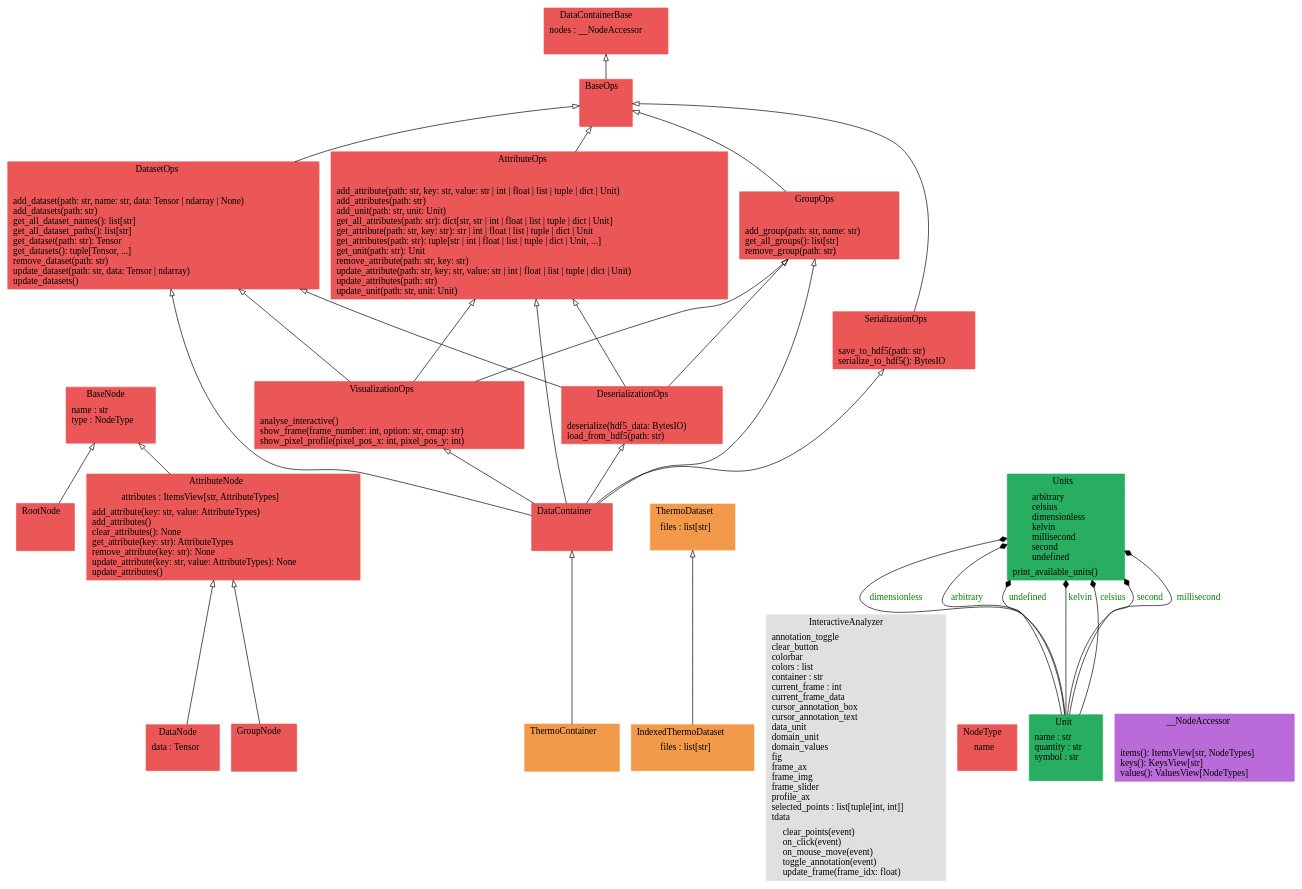
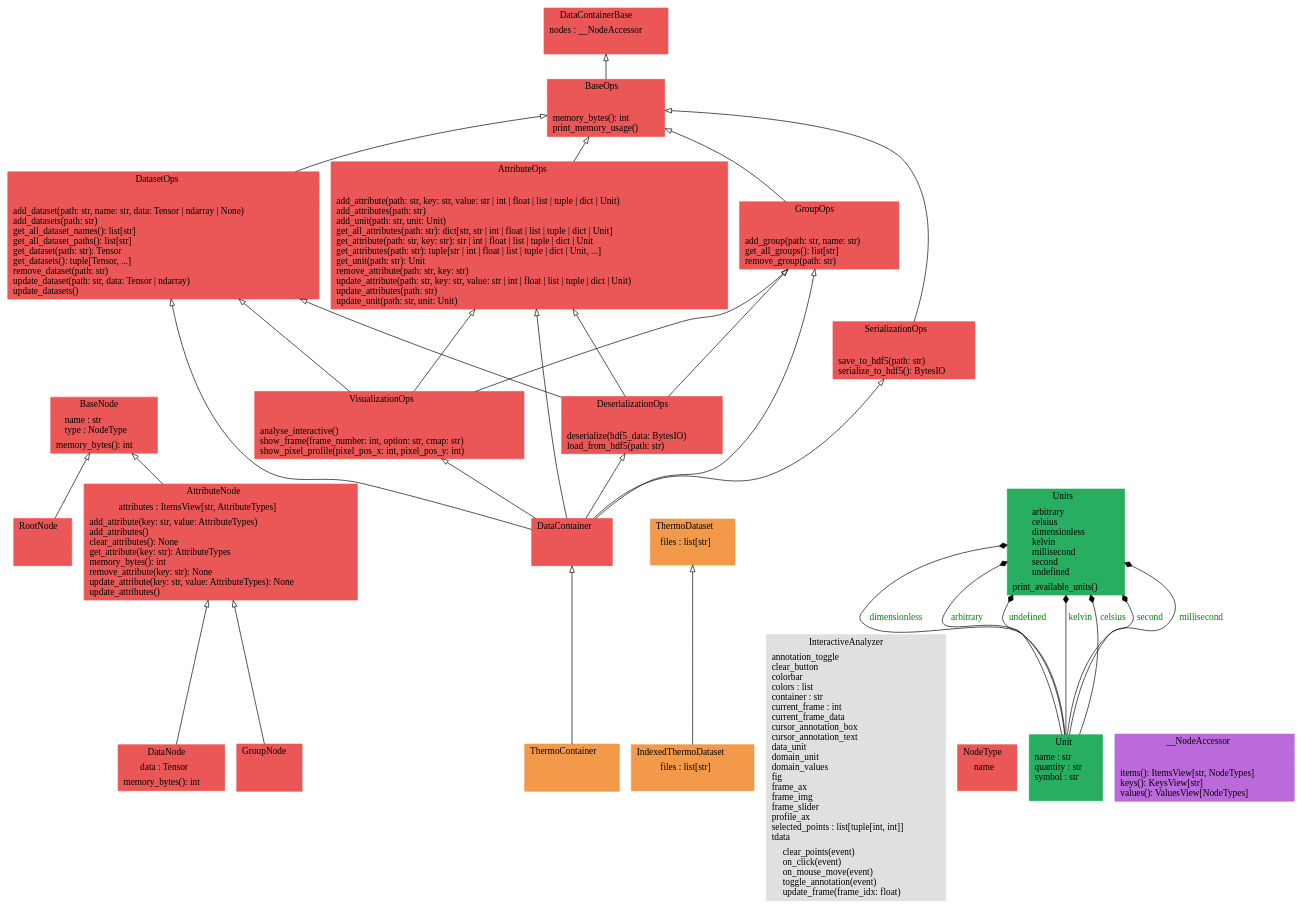
Before and after one commit to voidsy-gmbh/pyThermoNDT: the diagram in docs/pyreverse/graphviz/classes_pythermondt.data.gv, drawn with Graphviz. The commit also changed 26 other files, not shown here.

```diff
--- a/docs/pyreverse/graphviz/classes_pythermondt.data.gv
+++ b/docs/pyreverse/graphviz/classes_pythermondt.data.gv
@@ -1,56 +1,56 @@
 digraph "classes_pythermondt.data" {
 rankdir=BT
 charset="utf-8"
-"pythermondt.data.datacontainer.node.AttributeNode" [color="#EB5757", fontcolor="black", label=<{AttributeNode|attributes : ItemsView[str, AttributeTypes]<br ALIGN="LEFT"/>|add_attribute(key: str, value: AttributeTypes)<br ALIGN="LEFT"/>add_attributes()<br ALIGN="LEFT"/>clear_attributes(): None<br ALIGN="LEFT"/>get_attribute(key: str): AttributeTypes<br ALIGN="LEFT"/>remove_attribute(key: str): None<br ALIGN="LEFT"/>update_attribute(key: str, value: AttributeTypes): None<br ALIGN="LEFT"/>update_attributes()<br ALIGN="LEFT"/>}>, shape="record", style="filled"];
+"pythermondt.data.datacontainer.node.AttributeNode" [color="#EB5757", fontcolor="black", label=<{AttributeNode|attributes : ItemsView[str, AttributeTypes]<br ALIGN="LEFT"/>|add_attribute(key: str, value: AttributeTypes)<br ALIGN="LEFT"/>add_attributes()<br ALIGN="LEFT"/>clear_attributes(): None<br ALIGN="LEFT"/>get_attribute(key: str): AttributeTypes<br ALIGN="LEFT"/>memory_bytes(): int<br ALIGN="LEFT"/>remove_attribute(key: str): None<br ALIGN="LEFT"/>update_attribute(key: str, value: AttributeTypes): None<br ALIGN="LEFT"/>update_attributes()<br ALIGN="LEFT"/>}>, shape="record", style="filled"];
 "pythermondt.data.datacontainer.attribute_ops.AttributeOps" [color="#EB5757", fontcolor="black", label=<{AttributeOps|<br ALIGN="LEFT"/>|add_attribute(path: str, key: str, value: str \| int \| float \| list \| tuple \| dict \| Unit)<br ALIGN="LEFT"/>add_attributes(path: str)<br ALIGN="LEFT"/>add_unit(path: str, unit: Unit)<br ALIGN="LEFT"/>get_all_attributes(path: str): dict[str, str \| int \| float \| list \| tuple \| dict \| Unit]<br ALIGN="LEFT"/>get_attribute(path: str, key: str): str \| int \| float \| list \| tuple \| dict \| Unit<br ALIGN="LEFT"/>get_attributes(path: str): tuple[str \| int \| float \| list \| tuple \| dict \| Unit, ...]<br ALIGN="LEFT"/>get_unit(path: str): Unit<br ALIGN="LEFT"/>remove_attribute(path: str, key: str)<br ALIGN="LEFT"/>update_attribute(path: str, key: str, value: str \| int \| float \| list \| tuple \| dict \| Unit)<br ALIGN="LEFT"/>update_attributes(path: str)<br ALIGN="LEFT"/>update_unit(path: str, unit: Unit)<br ALIGN="LEFT"/>}>, shape="record", style="filled"];
-"pythermondt.data.datacontainer.node.BaseNode" [color="#EB5757", fontcolor="black", label=<{BaseNode|name : str<br ALIGN="LEFT"/>type : NodeType<br ALIGN="LEFT"/>|}>, shape="record", style="filled"];
-"pythermondt.data.datacontainer.base.BaseOps" [color="#EB5757", fontcolor="black", label=<{BaseOps|<br ALIGN="LEFT"/>|}>, shape="record", style="filled"];
+"pythermondt.data.datacontainer.node.BaseNode" [color="#EB5757", fontcolor="black", label=<{BaseNode|name : str<br ALIGN="LEFT"/>type : NodeType<br ALIGN="LEFT"/>|memory_bytes(): int<br ALIGN="LEFT"/>}>, shape="record", style="filled"];
+"pythermondt.data.datacontainer.base.BaseOps" [color="#EB5757", fontcolor="black", label=<{BaseOps|<br ALIGN="LEFT"/>|memory_bytes(): int<br ALIGN="LEFT"/>print_memory_usage()<br ALIGN="LEFT"/>}>, shape="record", style="filled"];
 "pythermondt.data.datacontainer.core.DataContainer" [color="#EB5757", fontcolor="black", label=<{DataContainer|<br ALIGN="LEFT"/>|}>, shape="record", style="filled"];
 "pythermondt.data.datacontainer.base.DataContainerBase" [color="#EB5757", fontcolor="black", label=<{DataContainerBase|nodes : __NodeAccessor<br ALIGN="LEFT"/>|}>, shape="record", style="filled"];
-"pythermondt.data.datacontainer.node.DataNode" [color="#EB5757", fontcolor="black", label=<{DataNode|data : Tensor<br ALIGN="LEFT"/>|}>, shape="record", style="filled"];
+"pythermondt.data.datacontainer.node.DataNode" [color="#EB5757", fontcolor="black", label=<{DataNode|data : Tensor<br ALIGN="LEFT"/>|memory_bytes(): int<br ALIGN="LEFT"/>}>, shape="record", style="filled"];
 "pythermondt.data.datacontainer.dataset_ops.DatasetOps" [color="#EB5757", fontcolor="black", label=<{DatasetOps|<br ALIGN="LEFT"/>|add_dataset(path: str, name: str, data: Tensor \| ndarray \| None)<br ALIGN="LEFT"/>add_datasets(path: str)<br ALIGN="LEFT"/>get_all_dataset_names(): list[str]<br ALIGN="LEFT"/>get_all_dataset_paths(): list[str]<br ALIGN="LEFT"/>get_dataset(path: str): Tensor<br ALIGN="LEFT"/>get_datasets(): tuple[Tensor, ...]<br ALIGN="LEFT"/>remove_dataset(path: str)<br ALIGN="LEFT"/>update_dataset(path: str, data: Tensor \| ndarray)<br ALIGN="LEFT"/>update_datasets()<br ALIGN="LEFT"/>}>, shape="record", style="filled"];
 "pythermondt.data.datacontainer.serialization_ops.DeserializationOps" [color="#EB5757", fontcolor="black", label=<{DeserializationOps|<br ALIGN="LEFT"/>|deserialize(hdf5_data: BytesIO)<br ALIGN="LEFT"/>load_from_hdf5(path: str)<br ALIGN="LEFT"/>}>, shape="record", style="filled"];
 "pythermondt.data.datacontainer.node.GroupNode" [color="#EB5757", fontcolor="black", label=<{GroupNode|<br ALIGN="LEFT"/>|}>, shape="record", style="filled"];
 "pythermondt.data.datacontainer.group_ops.GroupOps" [color="#EB5757", fontcolor="black", label=<{GroupOps|<br ALIGN="LEFT"/>|add_group(path: str, name: str)<br ALIGN="LEFT"/>get_all_groups(): list[str]<br ALIGN="LEFT"/>remove_group(path: str)<br ALIGN="LEFT"/>}>, shape="record", style="filled"];
 "pythermondt.data.thermo_dataset.IndexedThermoDataset" [color="#F2994A", fontcolor="black", label=<{IndexedThermoDataset|files : list[str]<br ALIGN="LEFT"/>|}>, shape="record", style="filled"];
 "pythermondt.data.datacontainer.visualization_ops.VisualizationOps.InteractiveAnalyzer" [color="#E0E0E0", fontcolor="black", label=<{InteractiveAnalyzer|annotation_toggle<br ALIGN="LEFT"/>clear_button<br ALIGN="LEFT"/>colorbar<br ALIGN="LEFT"/>colors : list<br ALIGN="LEFT"/>container : str<br ALIGN="LEFT"/>current_frame : int<br ALIGN="LEFT"/>current_frame_data<br ALIGN="LEFT"/>cursor_annotation_box<br ALIGN="LEFT"/>cursor_annotation_text<br ALIGN="LEFT"/>data_unit<br ALIGN="LEFT"/>domain_unit<br ALIGN="LEFT"/>domain_values<br ALIGN="LEFT"/>fig<br ALIGN="LEFT"/>frame_ax<br ALIGN="LEFT"/>frame_img<br ALIGN="LEFT"/>frame_slider<br ALIGN="LEFT"/>profile_ax<br ALIGN="LEFT"/>selected_points : list[tuple[int, int]]<br ALIGN="LEFT"/>tdata<br ALIGN="LEFT"/>|clear_points(event)<br ALIGN="LEFT"/>on_click(event)<br ALIGN="LEFT"/>on_mouse_move(event)<br ALIGN="LEFT"/>toggle_annotation(event)<br ALIGN="LEFT"/>update_frame(frame_idx: float)<br ALIGN="LEFT"/>}>, shape="record", style="filled"];
 "pythermondt.data.datacontainer.node.NodeType" [color="#EB5757", fontcolor="black", label=<{NodeType|name<br ALIGN="LEFT"/>|}>, shape="record", style="filled"];
 "pythermondt.data.datacontainer.node.RootNode" [color="#EB5757", fontcolor="black", label=<{RootNode|<br ALIGN="LEFT"/>|}>, shape="record", style="filled"];
 "pythermondt.data.datacontainer.serialization_ops.SerializationOps" [color="#EB5757", fontcolor="black", label=<{SerializationOps|<br ALIGN="LEFT"/>|save_to_hdf5(path: str)<br ALIGN="LEFT"/>serialize_to_hdf5(): BytesIO<br ALIGN="LEFT"/>}>, shape="record", style="filled"];
 "pythermondt.data.thermo_container.ThermoContainer" [color="#F2994A", fontcolor="black", label=<{ThermoContainer|<br ALIGN="LEFT"/>|}>, shape="record", style="filled"];
 "pythermondt.data.thermo_dataset.ThermoDataset" [color="#F2994A", fontcolor="black", label=<{ThermoDataset|files : list[str]<br ALIGN="LEFT"/>|}>, shape="record", style="filled"];
 "pythermondt.data.units._unit.Unit" [color="#27AE60", fontcolor="black", label=<{Unit|name : str<br ALIGN="LEFT"/>quantity : str<br ALIGN="LEFT"/>symbol : str<br ALIGN="LEFT"/>|}>, shape="record", style="filled"];
 "pythermondt.data.units.units.Units" [color="#27AE60", fontcolor="black", label=<{Units|arbitrary<br ALIGN="LEFT"/>celsius<br ALIGN="LEFT"/>dimensionless<br ALIGN="LEFT"/>kelvin<br ALIGN="LEFT"/>millisecond<br ALIGN="LEFT"/>second<br ALIGN="LEFT"/>undefined<br ALIGN="LEFT"/>|print_available_units()<br ALIGN="LEFT"/>}>, shape="record", style="filled"];
 "pythermondt.data.datacontainer.visualization_ops.VisualizationOps" [color="#EB5757", fontcolor="black", label=<{VisualizationOps|<br ALIGN="LEFT"/>|analyse_interactive()<br ALIGN="LEFT"/>show_frame(frame_number: int, option: str, cmap: str)<br ALIGN="LEFT"/>show_pixel_profile(pixel_pos_x: int, pixel_pos_y: int)<br ALIGN="LEFT"/>}>, shape="record", style="filled"];
 "pythermondt.data.datacontainer.base.DataContainerBase.__NodeAccessor" [color="#BB6BD9", fontcolor="black", label=<{__NodeAccessor|<br ALIGN="LEFT"/>|items(): ItemsView[str, NodeTypes]<br ALIGN="LEFT"/>keys(): KeysView[str]<br ALIGN="LEFT"/>values(): ValuesView[NodeTypes]<br ALIGN="LEFT"/>}>, shape="record", style="filled"];
 "pythermondt.data.datacontainer.attribute_ops.AttributeOps" -> "pythermondt.data.datacontainer.base.BaseOps" [arrowhead="empty", arrowtail="none"];
 "pythermondt.data.datacontainer.base.BaseOps" -> "pythermondt.data.datacontainer.base.DataContainerBase" [arrowhead="empty", arrowtail="none"];
 "pythermondt.data.datacontainer.core.DataContainer" -> "pythermondt.data.datacontainer.attribute_ops.AttributeOps" [arrowhead="empty", arrowtail="none"];
 "pythermondt.data.datacontainer.core.DataContainer" -> "pythermondt.data.datacontainer.dataset_ops.DatasetOps" [arrowhead="empty", arrowtail="none"];
 "pythermondt.data.datacontainer.core.DataContainer" -> "pythermondt.data.datacontainer.group_ops.GroupOps" [arrowhead="empty", arrowtail="none"];
 "pythermondt.data.datacontainer.core.DataContainer" -> "pythermondt.data.datacontainer.serialization_ops.DeserializationOps" [arrowhead="empty", arrowtail="none"];
 "pythermondt.data.datacontainer.core.DataContainer" -> "pythermondt.data.datacontainer.serialization_ops.SerializationOps" [arrowhead="empty", arrowtail="none"];
 "pythermondt.data.datacontainer.core.DataContainer" -> "pythermondt.data.datacontainer.visualization_ops.VisualizationOps" [arrowhead="empty", arrowtail="none"];
 "pythermondt.data.datacontainer.dataset_ops.DatasetOps" -> "pythermondt.data.datacontainer.base.BaseOps" [arrowhead="empty", arrowtail="none"];
 "pythermondt.data.datacontainer.group_ops.GroupOps" -> "pythermondt.data.datacontainer.base.BaseOps" [arrowhead="empty", arrowtail="none"];
 "pythermondt.data.datacontainer.node.AttributeNode" -> "pythermondt.data.datacontainer.node.BaseNode" [arrowhead="empty", arrowtail="none"];
 "pythermondt.data.datacontainer.node.DataNode" -> "pythermondt.data.datacontainer.node.AttributeNode" [arrowhead="empty", arrowtail="none"];
 "pythermondt.data.datacontainer.node.GroupNode" -> "pythermondt.data.datacontainer.node.AttributeNode" [arrowhead="empty", arrowtail="none"];
 "pythermondt.data.datacontainer.node.RootNode" -> "pythermondt.data.datacontainer.node.BaseNode" [arrowhead="empty", arrowtail="none"];
 "pythermondt.data.datacontainer.serialization_ops.DeserializationOps" -> "pythermondt.data.datacontainer.attribute_ops.AttributeOps" [arrowhead="empty", arrowtail="none"];
 "pythermondt.data.datacontainer.serialization_ops.DeserializationOps" -> "pythermondt.data.datacontainer.dataset_ops.DatasetOps" [arrowhead="empty", arrowtail="none"];
 "pythermondt.data.datacontainer.serialization_ops.DeserializationOps" -> "pythermondt.data.datacontainer.group_ops.GroupOps" [arrowhead="empty", arrowtail="none"];
 "pythermondt.data.datacontainer.serialization_ops.SerializationOps" -> "pythermondt.data.datacontainer.base.BaseOps" [arrowhead="empty", arrowtail="none"];
 "pythermondt.data.datacontainer.visualization_ops.VisualizationOps" -> "pythermondt.data.datacontainer.attribute_ops.AttributeOps" [arrowhead="empty", arrowtail="none"];
 "pythermondt.data.datacontainer.visualization_ops.VisualizationOps" -> "pythermondt.data.datacontainer.dataset_ops.DatasetOps" [arrowhead="empty", arrowtail="none"];
 "pythermondt.data.datacontainer.visualization_ops.VisualizationOps" -> "pythermondt.data.datacontainer.group_ops.GroupOps" [arrowhead="empty", arrowtail="none"];
 "pythermondt.data.thermo_container.ThermoContainer" -> "pythermondt.data.datacontainer.core.DataContainer" [arrowhead="empty", arrowtail="none"];
 "pythermondt.data.thermo_dataset.IndexedThermoDataset" -> "pythermondt.data.thermo_dataset.ThermoDataset" [arrowhead="empty", arrowtail="none"];
 "pythermondt.data.units._unit.Unit" -> "pythermondt.data.units.units.Units" [arrowhead="diamond", arrowtail="none", fontcolor="green", label="dimensionless", style="solid"];
 "pythermondt.data.units._unit.Unit" -> "pythermondt.data.units.units.Units" [arrowhead="diamond", arrowtail="none", fontcolor="green", label="arbitrary", style="solid"];
 "pythermondt.data.units._unit.Unit" -> "pythermondt.data.units.units.Units" [arrowhead="diamond", arrowtail="none", fontcolor="green", label="undefined", style="solid"];
 "pythermondt.data.units._unit.Unit" -> "pythermondt.data.units.units.Units" [arrowhead="diamond", arrowtail="none", fontcolor="green", label="kelvin", style="solid"];
 "pythermondt.data.units._unit.Unit" -> "pythermondt.data.units.units.Units" [arrowhead="diamond", arrowtail="none", fontcolor="green", label="celsius", style="solid"];
 "pythermondt.data.units._unit.Unit" -> "pythermondt.data.units.units.Units" [arrowhead="diamond", arrowtail="none", fontcolor="green", label="second", style="solid"];
 "pythermondt.data.units._unit.Unit" -> "pythermondt.data.units.units.Units" [arrowhead="diamond", arrowtail="none", fontcolor="green", label="millisecond", style="solid"];
 }
```
